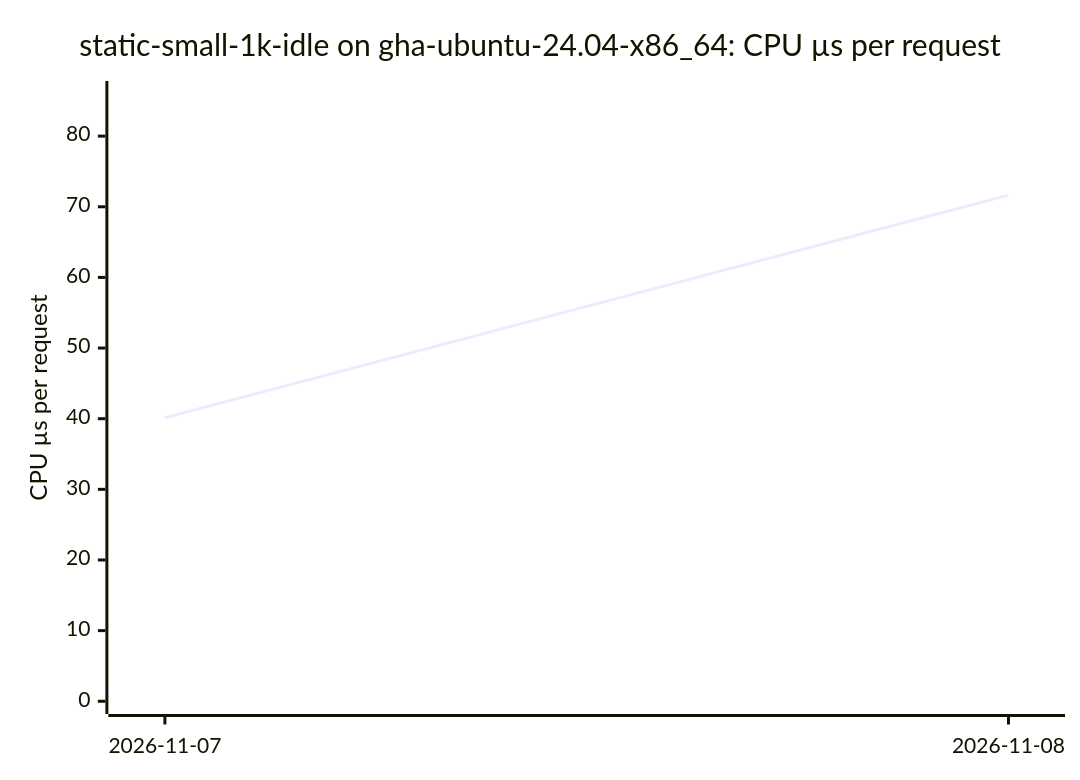
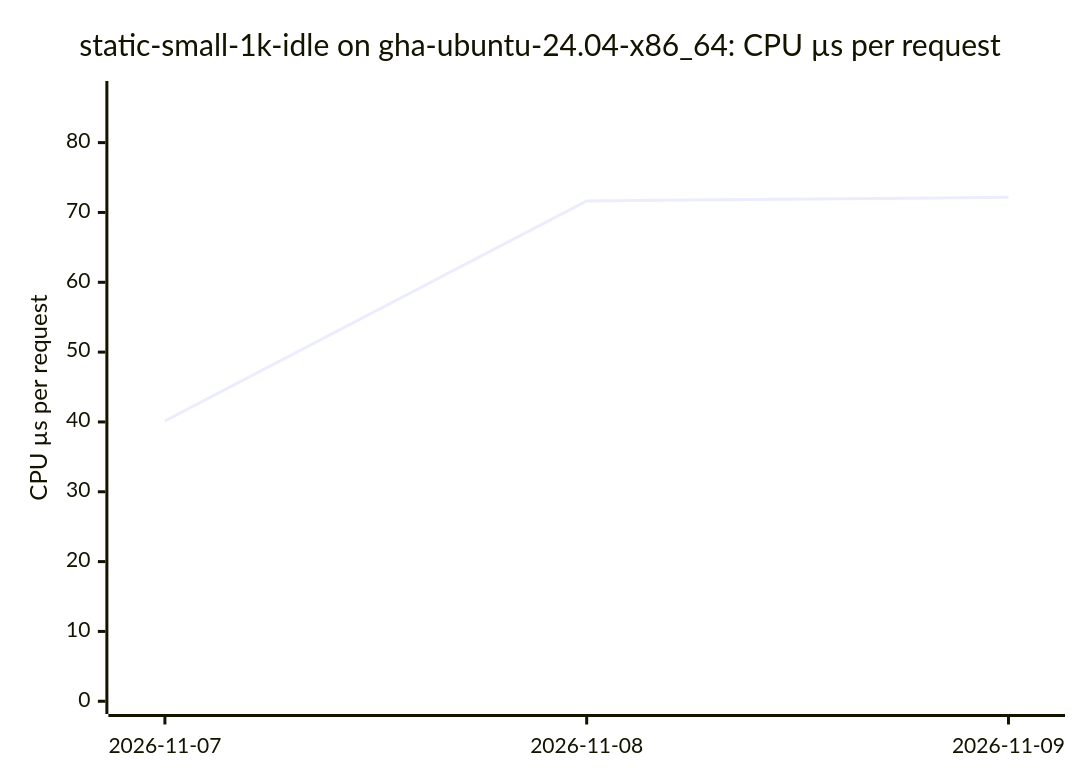
Before and after one commit to ThePixelPilgrim/durchlauferhitzer: the ninth of 18 diagrams in BENCHMARKS.md, drawn with Mermaid. The commit also changed other lines of this file and 1 other file, not shown here.

````diff
--- a/BENCHMARKS.md
+++ b/BENCHMARKS.md
@@ -95,7 +106,7 @@
 ```mermaid
 xychart-beta
   title "static-small-1k-idle on gha-ubuntu-24.04-x86_64: CPU µs per request"
-  x-axis ["2026-11-07", "2026-11-08"]
-  y-axis "CPU µs per request" 0 --> 86
-  line [40.14, 71.65]
+  x-axis ["2026-11-07", "2026-11-08", "2026-11-09"]
+  y-axis "CPU µs per request" 0 --> 87
+  line [40.14, 71.65, 72.17]
 ```
````
